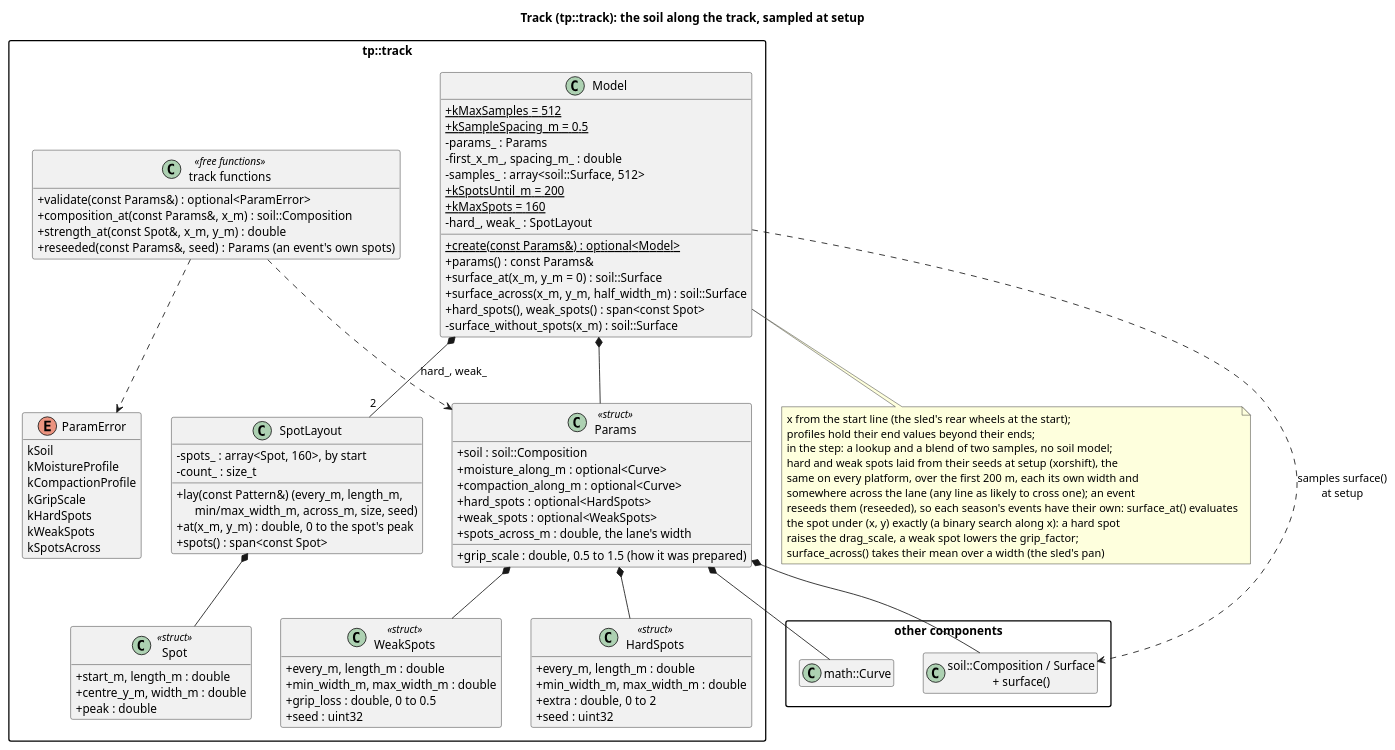
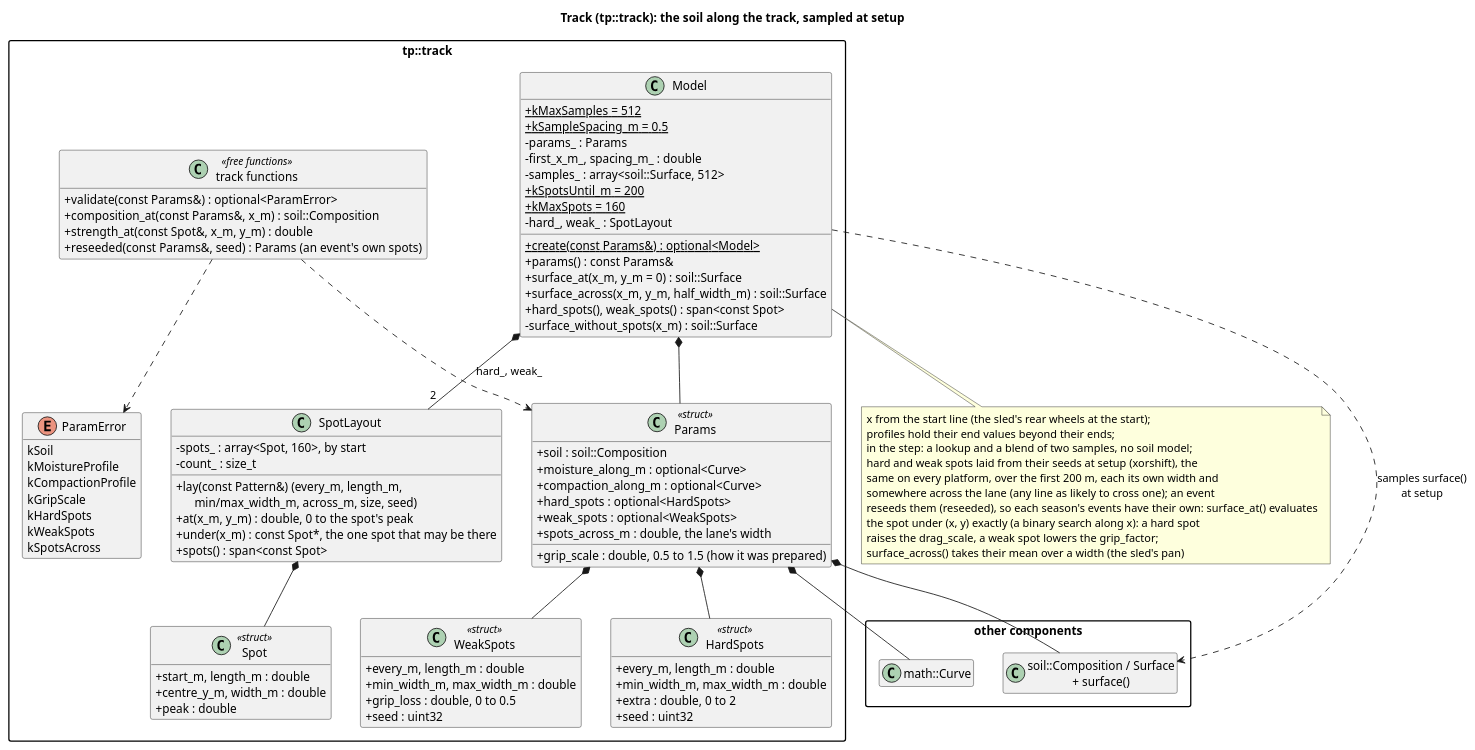
The diagram in docs/diagrams/track_classes.puml (wversteeg/TractorPulling), drawn with PlantUML before and after one commit. The commit also changed 14 other files, not shown here.

First line of the commit message:
Address review: one spot search per kind, the event's track built once

```diff
--- a/docs/diagrams/track_classes.puml
+++ b/docs/diagrams/track_classes.puml
@@ -1,100 +1,101 @@
 @startuml track_classes
 title Track (tp::track): the soil along the track, sampled at setup
 hide empty members
 skinparam packageStyle rectangle
 skinparam classAttributeIconSize 0
 
 package "other components" {
   class "soil::Composition / Surface\n+ surface()" as Soil
   class "math::Curve" as Curve
 }
 
 package "tp::track" {
   class Params <<struct>> {
     +soil : soil::Composition
     +moisture_along_m : optional<Curve>
     +compaction_along_m : optional<Curve>
     +grip_scale : double, 0.5 to 1.5 (how it was prepared)
     +hard_spots : optional<HardSpots>
     +weak_spots : optional<WeakSpots>
     +spots_across_m : double, the lane's width
   }
   class HardSpots <<struct>> {
     +every_m, length_m : double
     +min_width_m, max_width_m : double
     +extra : double, 0 to 2
     +seed : uint32
   }
   class WeakSpots <<struct>> {
     +every_m, length_m : double
     +min_width_m, max_width_m : double
     +grip_loss : double, 0 to 0.5
     +seed : uint32
   }
   class Spot <<struct>> {
     +start_m, length_m : double
     +centre_y_m, width_m : double
     +peak : double
   }
   class SpotLayout {
     -spots_ : array<Spot, 160>, by start
     -count_ : size_t
     +lay(const Pattern&) (every_m, length_m,\n      min/max_width_m, across_m, size, seed)
     +at(x_m, y_m) : double, 0 to the spot's peak
+    +under(x_m) : const Spot*, the one spot that may be there
     +spots() : span<const Spot>
   }
   class Model {
     +{static} kMaxSamples = 512
     +{static} kSampleSpacing_m = 0.5
     -params_ : Params
     -first_x_m_, spacing_m_ : double
     -samples_ : array<soil::Surface, 512>
     +{static} kSpotsUntil_m = 200
     +{static} kMaxSpots = 160
     -hard_, weak_ : SpotLayout
     +{static} create(const Params&) : optional<Model>
     +params() : const Params&
     +surface_at(x_m, y_m = 0) : soil::Surface
     +surface_across(x_m, y_m, half_width_m) : soil::Surface
     +hard_spots(), weak_spots() : span<const Spot>
     -surface_without_spots(x_m) : soil::Surface
   }
   enum ParamError {
     kSoil
     kMoistureProfile
     kCompactionProfile
     kGripScale
     kHardSpots
     kWeakSpots
     kSpotsAcross
   }
   class "track functions" as TrackFns <<free functions>> {
     +validate(const Params&) : optional<ParamError>
     +composition_at(const Params&, x_m) : soil::Composition
     +strength_at(const Spot&, x_m, y_m) : double
     +reseeded(const Params&, seed) : Params (an event's own spots)
   }
   Model *-- Params
   Params *-- HardSpots
   Params *-- WeakSpots
   Model *-- "2" SpotLayout : hard_, weak_
   SpotLayout *-- Spot
   TrackFns ..> Params
   TrackFns ..> ParamError
 }
 Params *-- Curve
 Params *-- Soil
 Model ..> Soil : samples surface()\nat setup
 note bottom of Model
   x from the start line (the sled's rear wheels at the start);
   profiles hold their end values beyond their ends;
   in the step: a lookup and a blend of two samples, no soil model;
   hard and weak spots laid from their seeds at setup (xorshift), the
   same on every platform, over the first 200 m, each its own width and
   somewhere across the lane (any line as likely to cross one); an event
   reseeds them (reseeded), so each season's events have their own: surface_at() evaluates
   the spot under (x, y) exactly (a binary search along x): a hard spot
   raises the drag_scale, a weak spot lowers the grip_factor;
   surface_across() takes their mean over a width (the sled's pan)
 end note
 @enduml
```
